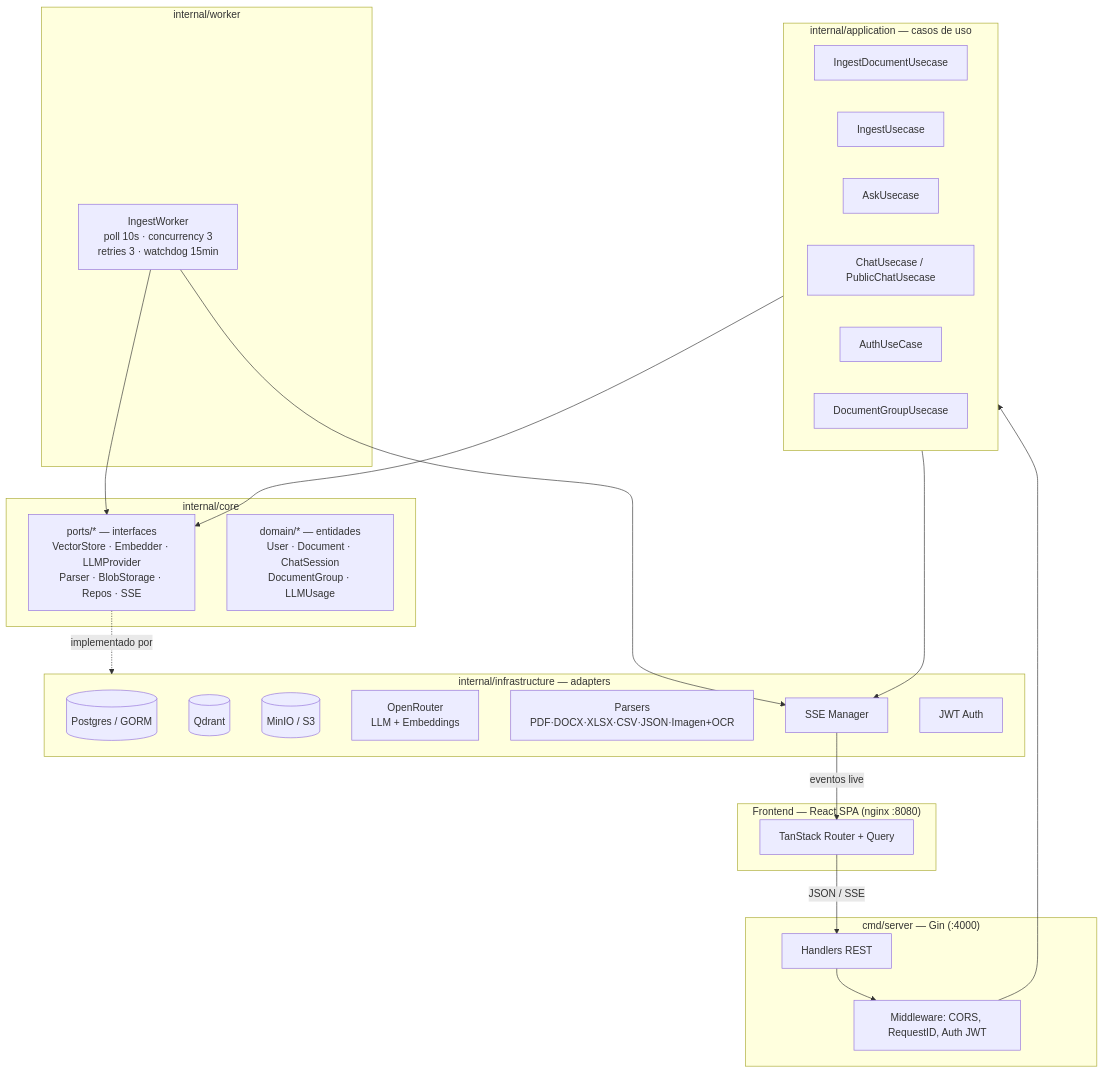
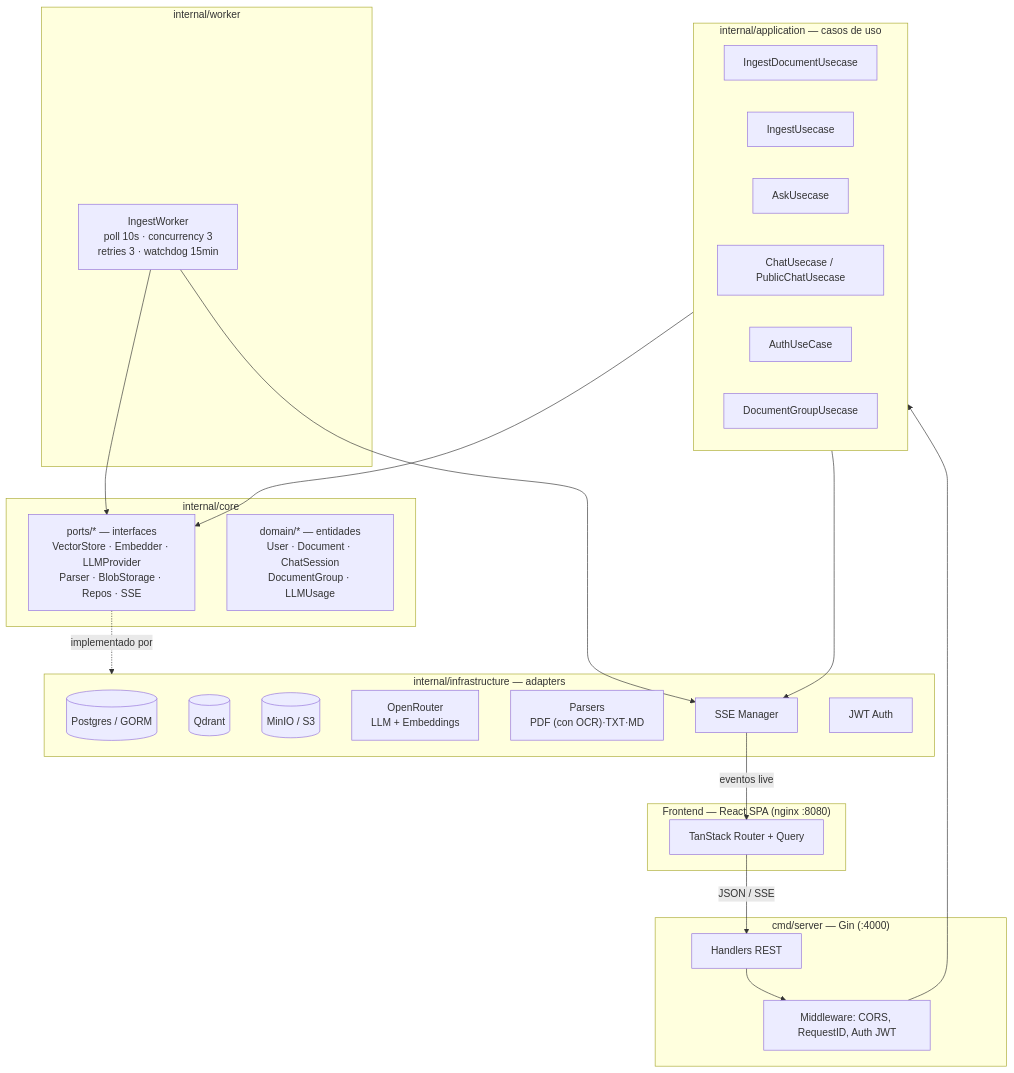
Before and after one commit to whoAngeel/rago: the second of 6 diagrams in README.md, drawn with Mermaid. The commit also changed other lines of this file and 23 other files, not shown here.

First line of the commit message:
feat(upload)!: restrict uploads to txt, md and pdf

````diff
--- a/README.md
+++ b/README.md
@@ -57,48 +57,48 @@
 ```mermaid
 graph TB
     subgraph FE["Frontend — React SPA (nginx :8080)"]
         UI[TanStack Router + Query]
     end
 
     subgraph API["cmd/server — Gin (:4000)"]
         MW[Middleware: CORS, RequestID, Auth JWT]
         H[Handlers REST]
     end
 
     subgraph APP["internal/application — casos de uso"]
         UC1[IngestDocumentUsecase]
         UC2[IngestUsecase]
         UC3[AskUsecase]
         UC4[ChatUsecase / PublicChatUsecase]
         UC5[AuthUseCase]
         UC6[DocumentGroupUsecase]
     end
 
     subgraph CORE["internal/core"]
         PORTS["ports/* — interfaces\nVectorStore · Embedder · LLMProvider\nParser · BlobStorage · Repos · SSE"]
         DOM["domain/* — entidades\nUser · Document · ChatSession\nDocumentGroup · LLMUsage"]
     end
 
     subgraph INFRA["internal/infrastructure — adapters"]
         PG[(Postgres / GORM)]
         QD[(Qdrant)]
         MI[(MinIO / S3)]
         OR["OpenRouter\nLLM + Embeddings"]
-        PA["Parsers\nPDF·DOCX·XLSX·CSV·JSON·Imagen+OCR"]
+        PA["Parsers\nPDF (con OCR)·TXT·MD"]
         SSE[SSE Manager]
         JWT[JWT Auth]
     end
 
     subgraph W["internal/worker"]
         IW["IngestWorker\npoll 10s · concurrency 3\nretries 3 · watchdog 15min"]
     end
 
     UI -->|JSON / SSE| H
     H --> MW --> APP
     APP --> PORTS
     IW --> PORTS
     PORTS -.implementado por.-> INFRA
     APP --> SSE
     IW --> SSE
     SSE -->|eventos live| UI
 ```
````
